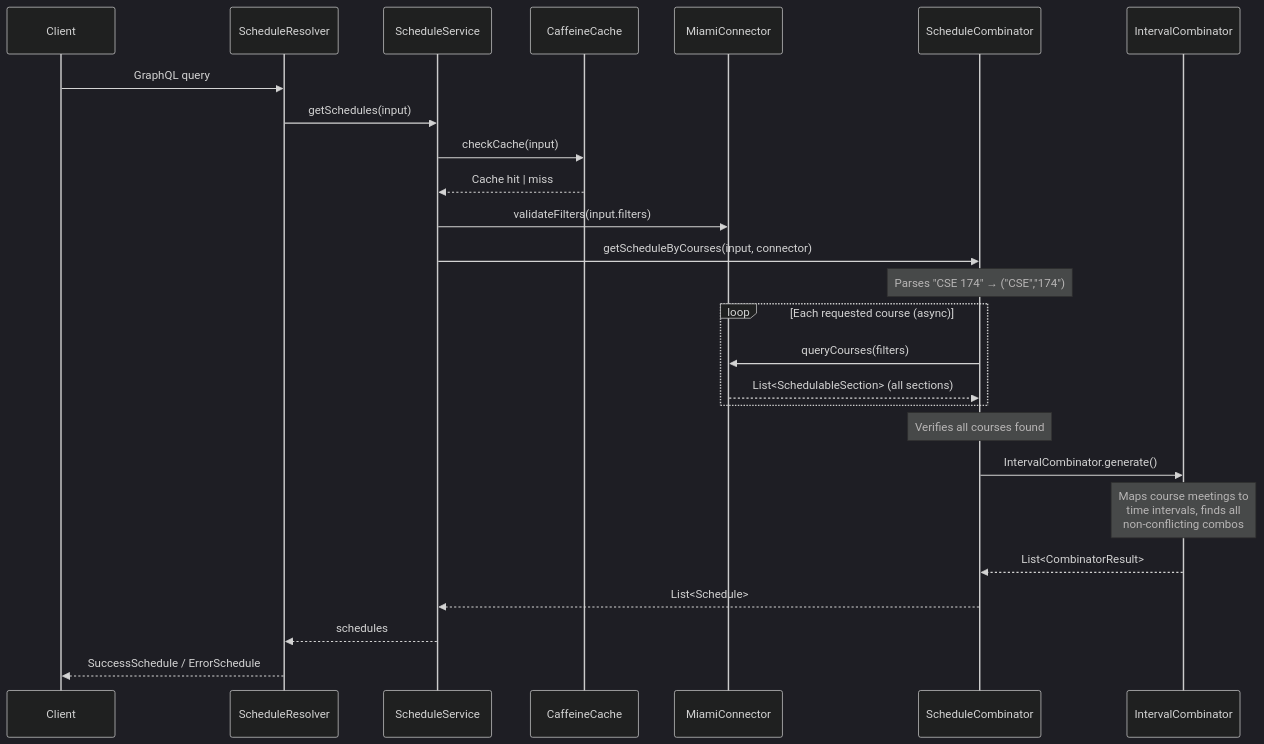
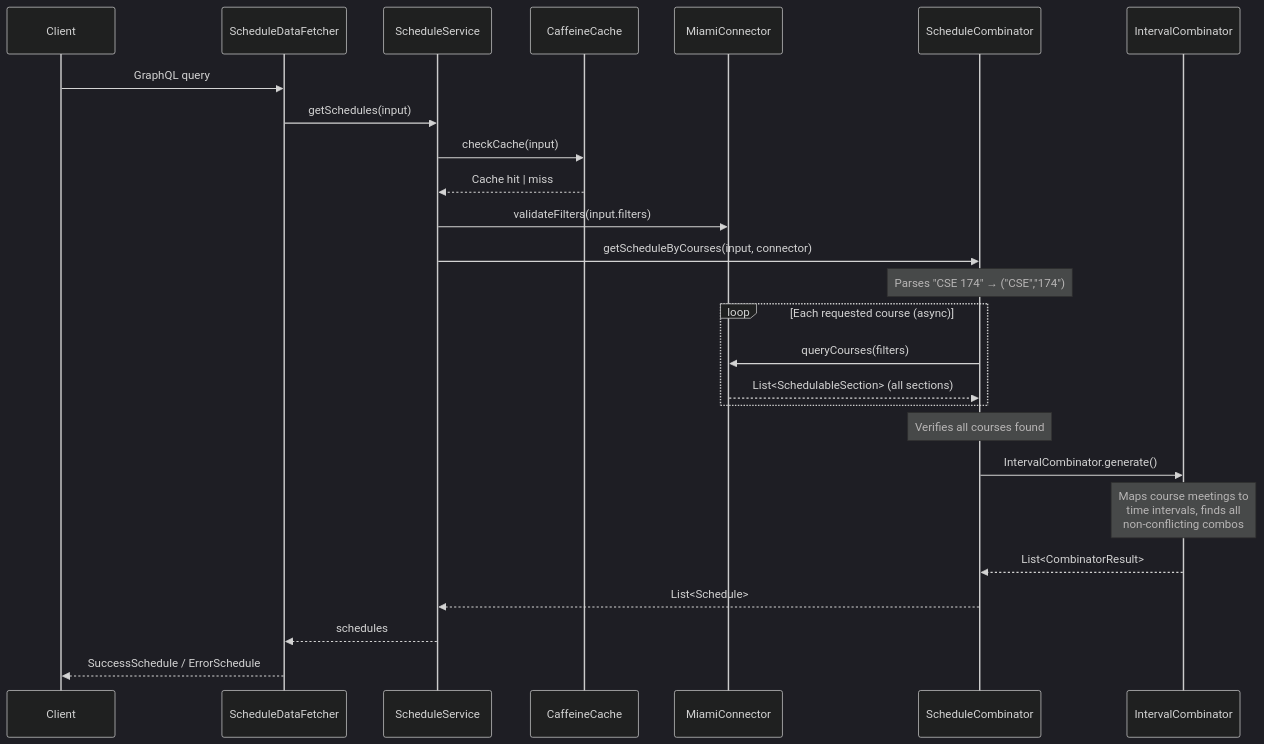
One commit to tomdh-git/Miami-CourseAPI changed the third of 4 diagrams in README.md. Above: the diagram before and after it, drawn with Mermaid (dark theme). The commit also changed other lines of this file and 42 other files, not shown here.

````diff
--- a/README.md
+++ b/README.md
@@ -135,29 +135,29 @@
 ```mermaid
 sequenceDiagram
     participant C as Client
-    participant R as ScheduleResolver
+    participant R as ScheduleDataFetcher
     participant S as ScheduleService
     participant CCH as CaffeineCache
     participant MC as MiamiConnector
     participant SC as ScheduleCombinator
     participant IC as IntervalCombinator
 
     C->>R: GraphQL query
     R->>S: getSchedules(input)
     S->>CCH: checkCache(input)
     CCH-->>S: Cache hit | miss
     S->>MC: validateFilters(input.filters)
     S->>SC: getScheduleByCourses(input, connector)
     Note over SC: Parses "CSE 174" → ("CSE","174")
     loop Each requested course (async)
         SC->>MC: queryCourses(filters)
         MC-->>SC: List<SchedulableSection> (all sections)
     end
     Note over SC: Verifies all courses found
     SC->>IC: IntervalCombinator.generate()
     Note over IC: Maps course meetings to<br/>time intervals, finds all<br/>non-conflicting combos
     IC-->>SC: List<CombinatorResult>
     SC-->>S: List<Schedule>
     S-->>R: schedules
     R-->>C: SuccessSchedule / ErrorSchedule
 ```
````
